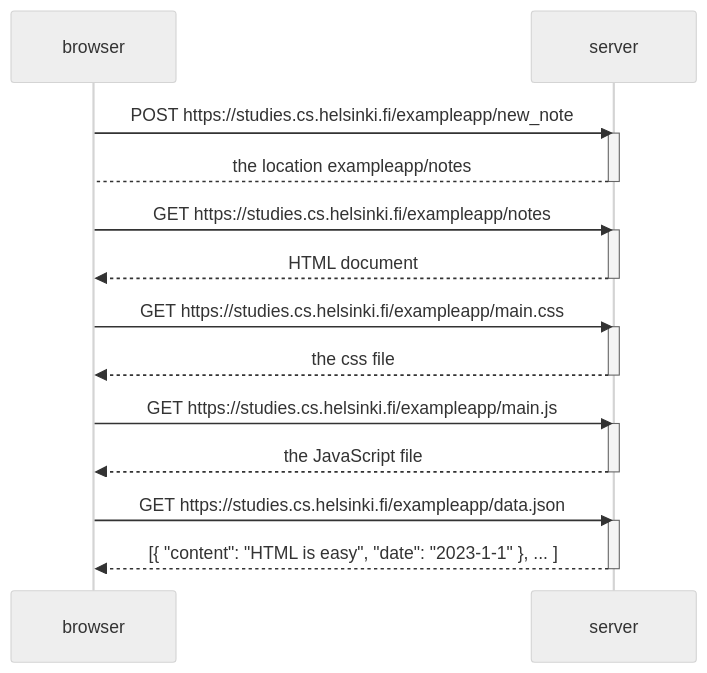
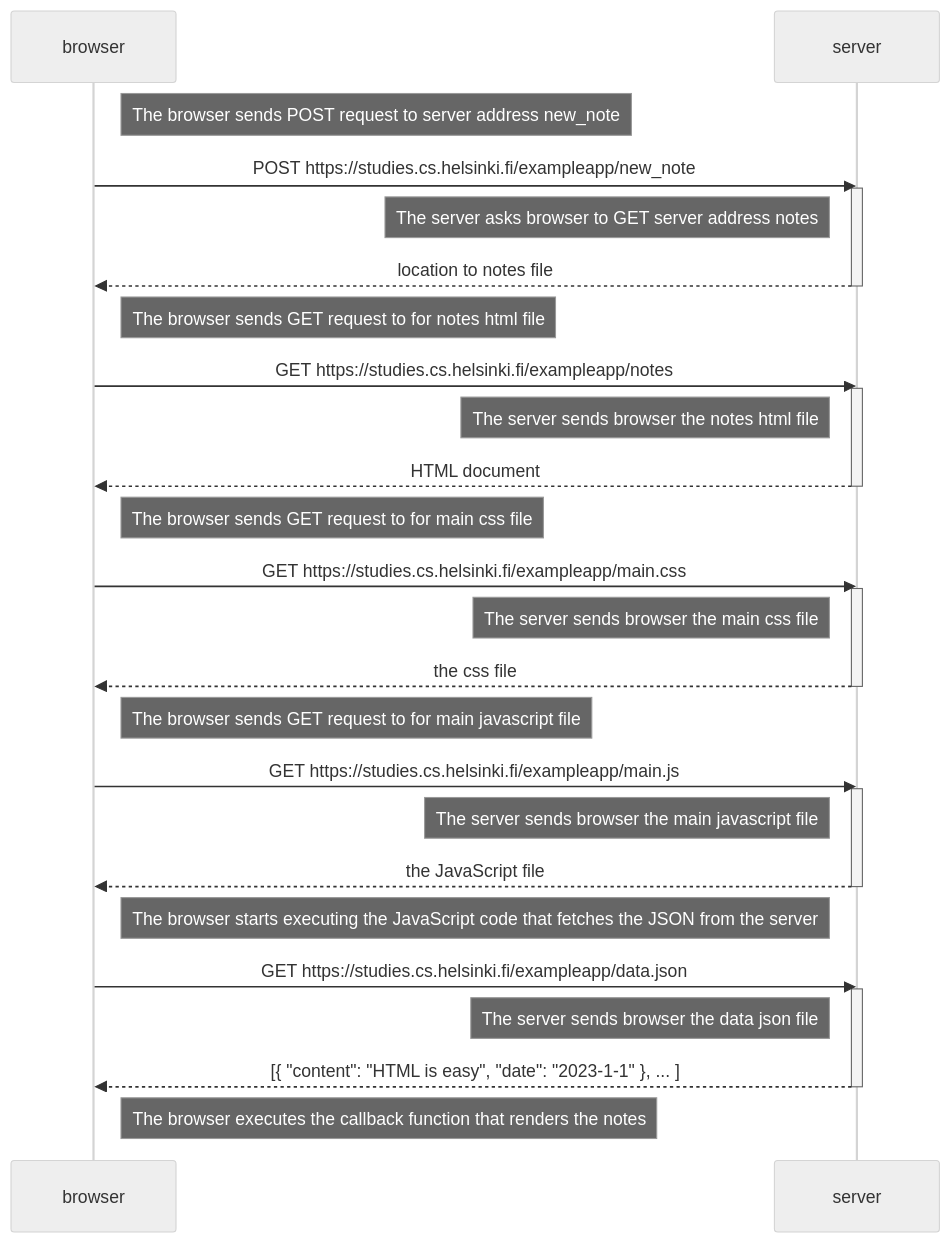
Before and after one commit to emustafaa/fullstackopen: the diagram in part0/exercise0.4.md, drawn with Mermaid (neutral theme).

Commit message:
Add notes on browser-server interaction sequence

````diff
--- a/part0/exercise0.4.md
+++ b/part0/exercise0.4.md
@@ -2,31 +2,49 @@
 ```mermaid
 
 sequenceDiagram;
     participant browser
     participant server
 
+    Note right of browser: The browser sends POST request to server address new_note
     browser->>server: POST https://studies.cs.helsinki.fi/exampleapp/new_note
     activate server
-    server-->browser: the location exampleapp/notes
+    Note left of server: The server asks browser to GET server address notes
+    server-->>browser: location to notes file
+    
     deactivate server
+
+    Note right of browser: The browser sends GET request to for notes html file
 
     browser->>server: GET https://studies.cs.helsinki.fi/exampleapp/notes
     activate server
+    Note left of server: The server sends browser the notes html file
     server-->>browser: HTML document
+    
     deactivate server
+
+    Note right of browser: The browser sends GET request to for main css file
 
     browser->>server: GET https://studies.cs.helsinki.fi/exampleapp/main.css
     activate server
+    Note left of server: The server sends browser the main css file
     server-->>browser: the css file
     deactivate server
 
+    Note right of browser: The browser sends GET request to for main javascript file
+
     browser->>server: GET https://studies.cs.helsinki.fi/exampleapp/main.js
     activate server
+    Note left of server: The server sends browser the main javascript file
     server-->>browser: the JavaScript file
     deactivate server
 
+    Note right of browser: The browser starts executing the JavaScript code that fetches the JSON from the server
+
     browser->>server: GET https://studies.cs.helsinki.fi/exampleapp/data.json
     activate server
+    Note left of server: The server sends browser the data json file
     server-->>browser: [{ "content": "HTML is easy", "date": "2023-1-1" }, ... ]
     deactivate server
+
+    Note right of browser: The browser executes the callback function that renders the notes
 ```
````
